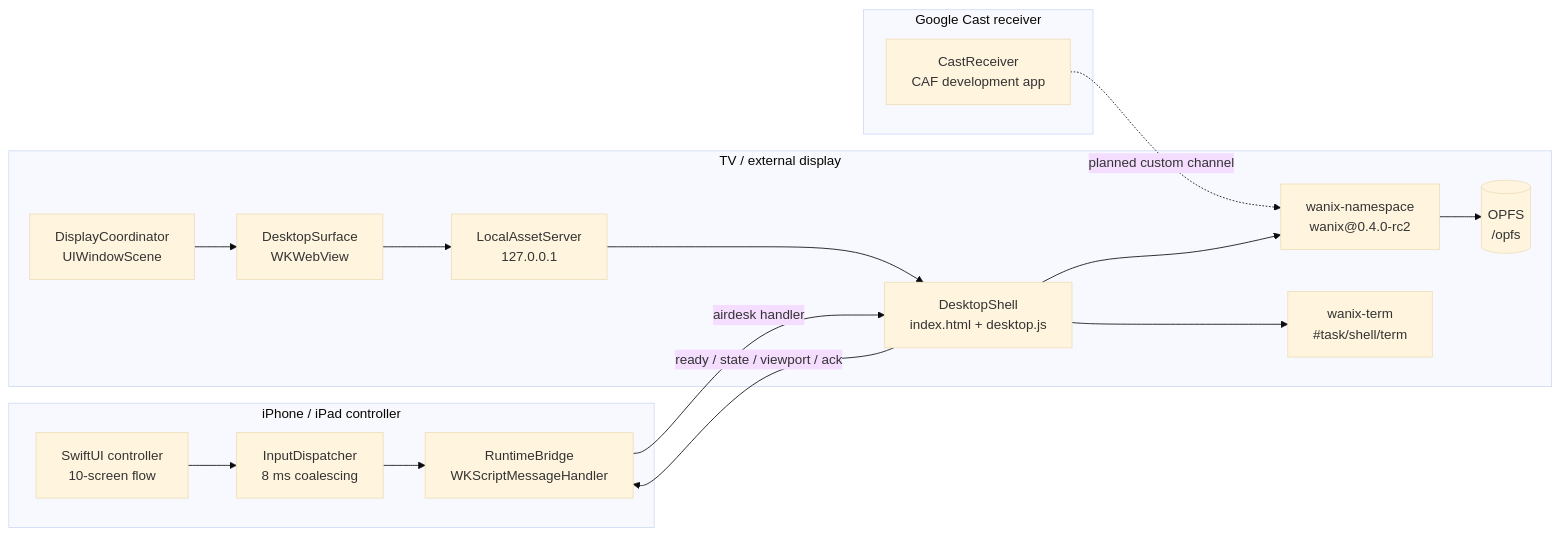
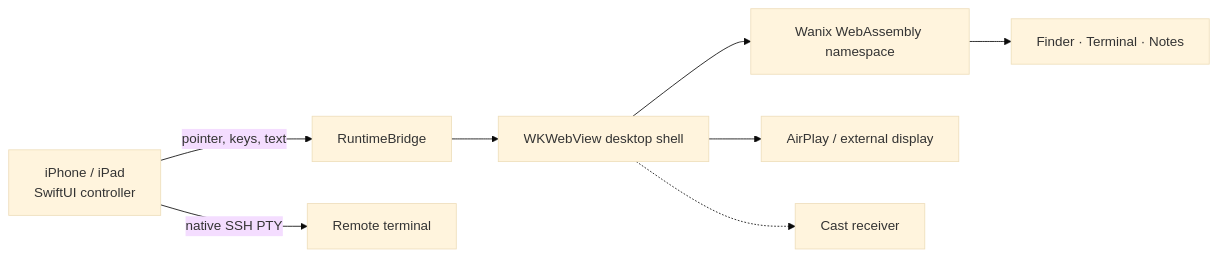
One commit to amharik/AirDesk changed the diagram in README.md. Above: the diagram before and after it, drawn with Mermaid (base theme). The commit also changed other lines of this file, not shown here.

````diff
--- a/README.md
+++ b/README.md
@@ -23,31 +130,10 @@
 ```mermaid
 flowchart LR
-  subgraph Phone["iPhone / iPad controller"]
-    UI["SwiftUI controller<br/>10-screen flow"]
-    ID["InputDispatcher<br/>8 ms coalescing"]
-    RB["RuntimeBridge<br/>WKScriptMessageHandler"]
-  end
-
-  subgraph Display["TV / external display"]
-    DC["DisplayCoordinator<br/>UIWindowScene"]
-    DS["DesktopSurface<br/>WKWebView"]
-    LS["LocalAssetServer<br/>127.0.0.1"]
-    SH["DesktopShell<br/>index.html + desktop.js"]
-    WX["wanix-namespace<br/>wanix@0.4.0-rc2"]
-    FS[("OPFS<br/>/opfs")]
-    TERM["wanix-term<br/>#task/shell/term"]
-  end
-
-  subgraph Cast["Google Cast receiver"]
-    CR["CastReceiver<br/>CAF development app"]
-  end
-
-  UI --> ID --> RB
-  RB -->|"airdesk handler"| SH
-  SH --> WX
-  WX --> FS
-  SH --> TERM
-  DC --> DS --> LS --> SH
-  SH -->|"ready / state / viewport / ack"| RB
-  CR -.->|"planned custom channel"| WX
+  Phone["iPhone / iPad<br/>SwiftUI controller"] -->|"pointer, keys, text"| Bridge["RuntimeBridge"]
+  Bridge --> Shell["WKWebView desktop shell"]
+  Shell --> Wanix["Wanix WebAssembly namespace"]
+  Wanix --> Apps["Finder · Terminal · Notes"]
+  Shell --> Display["AirPlay / external display"]
+  Shell -.-> Cast["Cast receiver"]
+  Phone -->|"native SSH PTY"| Remote["Remote terminal"]
 ```
````
